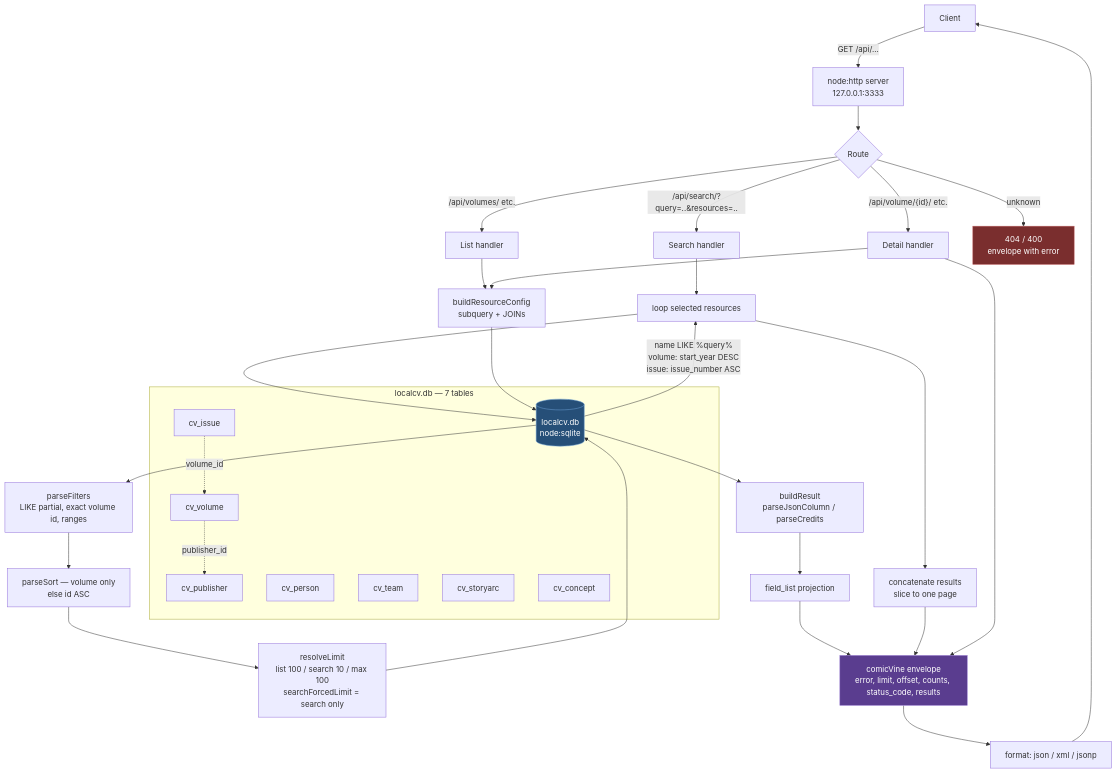
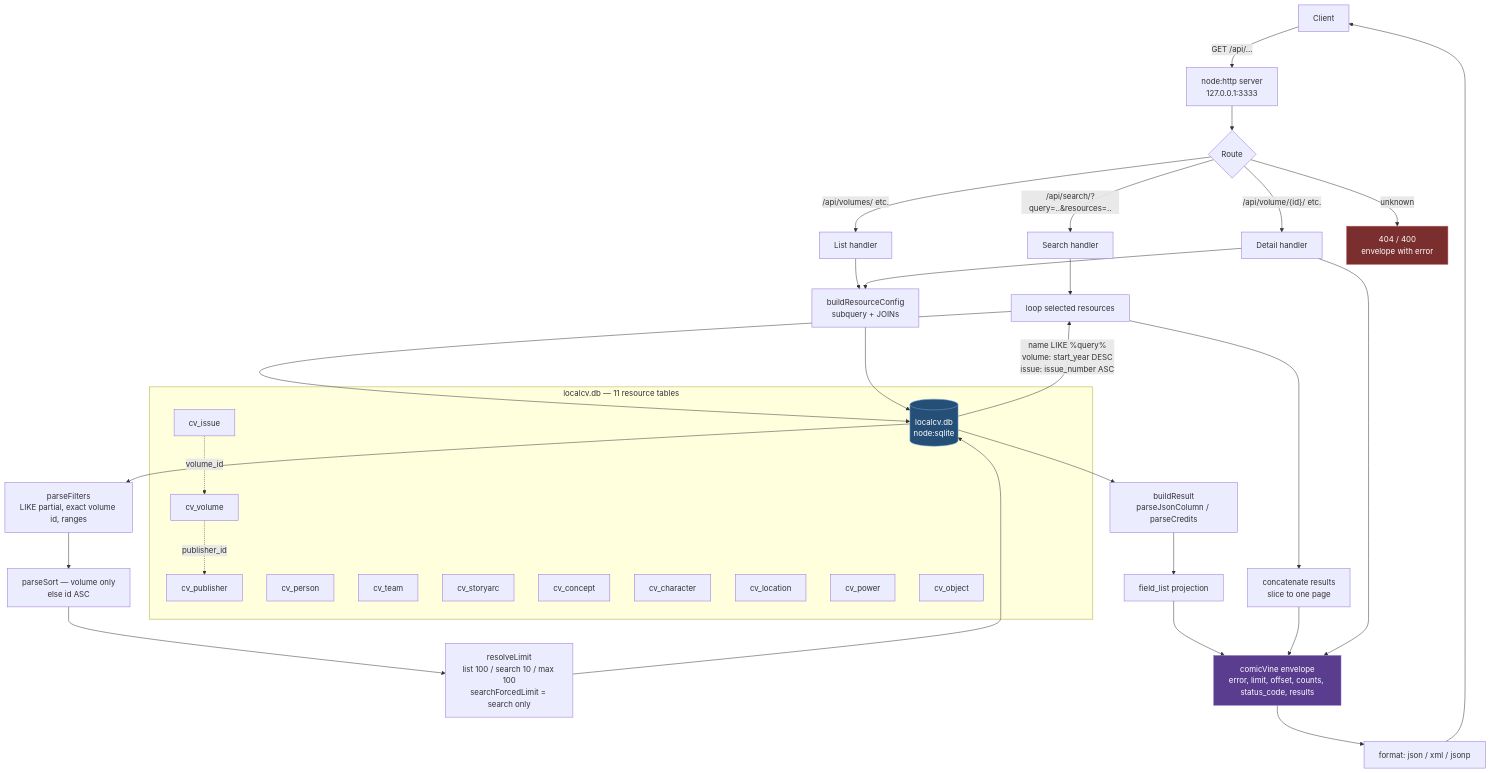
Before and after one commit to javabits-github/local-comicvine-api: the first of 3 diagrams in docs/architecture.md, drawn with Mermaid. The commit also changed other lines of this file and 2 other files, not shown here.

Commit message:
docs: refresh architecture to final schema; move dev-notes diary to docs/dev-notes.md

````diff
--- a/docs/architecture.md
+++ b/docs/architecture.md
@@ -5,48 +5,52 @@
 ```mermaid
 flowchart TB
     C[Client] -->|GET /api/...| S[node:http server<br/>127.0.0.1:3333]
 
     S --> R{"Route"}
     R -->|/api/search/?query=..&resources=..| SE[Search handler]
     R -->|/api/volumes/ etc.| LE[List handler]
     R -->|"/api/volume/{id}/ etc."| DE["Detail handler"]
     R -->|unknown| NF[404 / 400<br/>envelope with error]
 
     SE --> LO[loop selected resources]
     LO --> Q[(localcv.db<br/>node:sqlite)]
     Q -->|name LIKE %query%<br/>volume: start_year DESC<br/>issue: issue_number ASC| LO
     LO --> CAT[concatenate results<br/>slice to one page]
 
     LE --> CFG[buildResourceConfig<br/>subquery + JOINs]
     DE --> CFG
     CFG --> Q
     Q --> F[parseFilters<br/>LIKE partial, exact volume id, ranges]
     F --> SO[parseSort — volume only<br/>else id ASC]
     SO --> L[resolveLimit<br/>list 100 / search 10 / max 100<br/>searchForcedLimit = search only]
     L --> Q
 
     Q --> B[buildResult<br/>parseJsonColumn / parseCredits]
     B --> FL[field_list projection]
     FL --> EN[comicVine envelope<br/>error, limit, offset, counts, status_code, results]
     CAT --> EN
     DE --> EN
     EN --> FM[format: json / xml / jsonp]
     FM --> C
 
-    subgraph DB [localcv.db — 7 tables]
+    subgraph DB [localcv.db — 11 resource tables]
         Q
         PUB[cv_publisher]
         VOL[cv_volume]
         ISS[cv_issue]
         PER[cv_person]
         TEAM[cv_team]
         ARC[cv_storyarc]
         CON[cv_concept]
+        CHAR[cv_character]
+        LOC[cv_location]
+        POW[cv_power]
+        OBJ[cv_object]
         VOL -. publisher_id .-> PUB
         ISS -. volume_id .-> VOL
     end
 
     style Q fill:#264f78,stroke:#6ea1d6,color:#fff
     style EN fill:#5a3d8f,stroke:#9b7fd4,color:#fff
     style NF fill:#7a2e2e,stroke:#c06060,color:#fff
 ```
````
